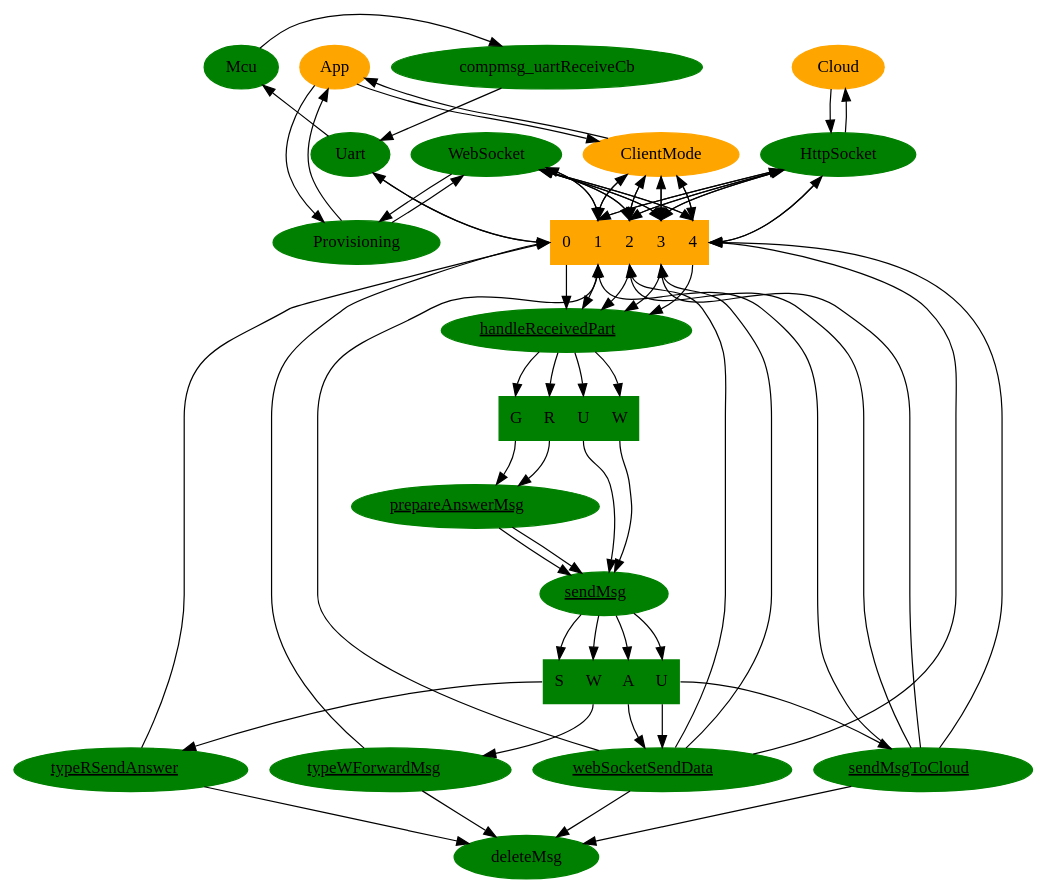
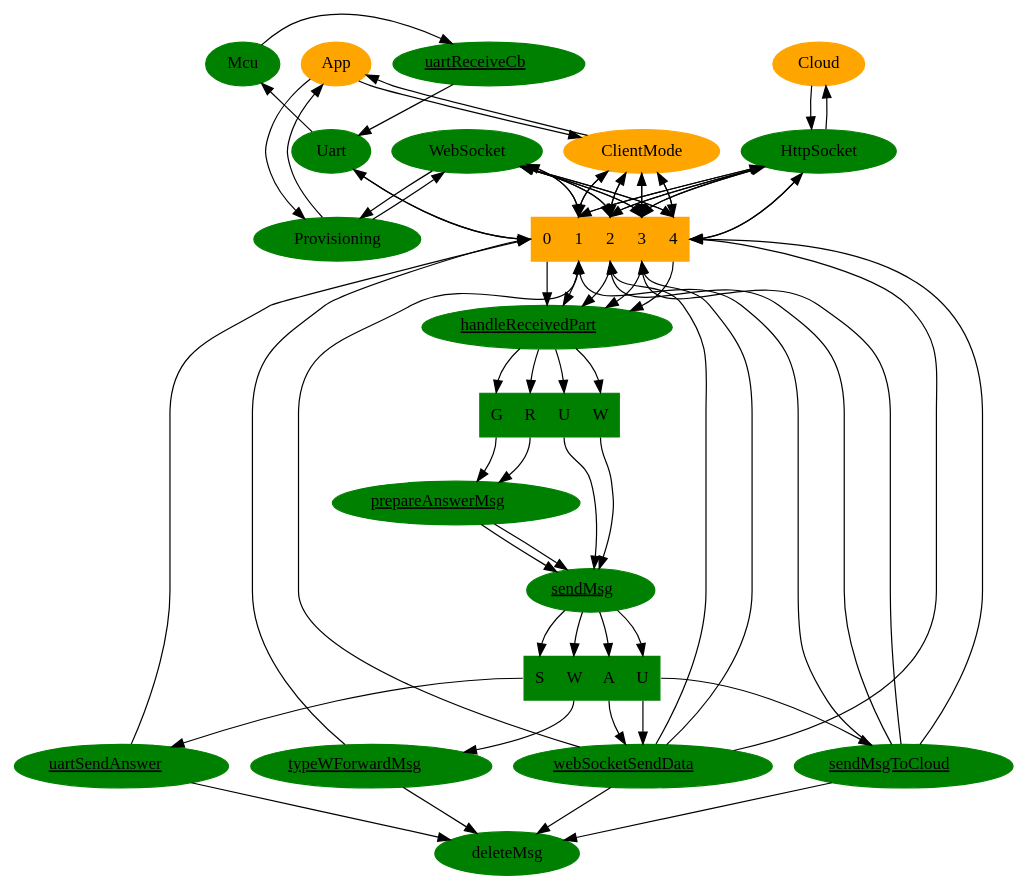
Before and after one commit to apwiede/nodemcu: the diagram in dot_files/handleMsg.dot, drawn with Graphviz. The commit also changed 3 other files, not shown here.

```diff
--- a/dot_files/handleMsg.dot
+++ b/dot_files/handleMsg.dot
@@ -1,100 +1,100 @@
 digraph G1 {
-  compmsg_uartReceiveCb[style="filled", color="green"];
+  compmsg_uartReceiveCb[style="filled", color="green", label=<<u>uartReceiveCb</u>> URL="\ref grp_uartReceiveCb"];
   compmsg_uartReceiveCb -> Uart;
   Mcu[style="filled", color="green"];
   Mcu -> compmsg_uartReceiveCb;
   Queue [style="filled", color="orange", shape=record, label="<f0> 0|<f1> 1|<f2> 2|<f3> 3|<f4> 4"];
   Uart -> Queue:f0;
   Queue:f0 -> Uart;
   Uart -> Mcu;
   Uart[style="filled", color="green"];
   WebSocket[style="filled", color="green"];
   ClientMode[style="filled", color="orange"];
   App[style="filled", color="orange"];
   Provisioning[style="filled", color="green"];
   App -> Provisioning;
   Provisioning -> WebSocket;
   App -> ClientMode;
   ClientMode -> App;
   Provisioning -> App;
   WebSocket -> Provisioning;
   WebSocket -> Queue:f1;
   WebSocket -> Queue:f2;
   WebSocket -> Queue:f3;
   WebSocket -> Queue:f4;
   ClientMode -> Queue:f1;
   ClientMode -> Queue:f2;
   ClientMode -> Queue:f3;
   ClientMode -> Queue:f4;
   Queue:f1 -> WebSocket;
   Queue:f2 -> WebSocket;
   Queue:f3 -> WebSocket;
   Queue:f4 -> WebSocket;
   Queue:f1 -> ClientMode;
   Queue:f2 -> ClientMode;
   Queue:f3 -> ClientMode;
   Queue:f4 -> ClientMode;
   Cloud[style="filled", color="orange"];
   Cloud -> HttpSocket;
   HttpSocket -> Cloud;
   HttpSocket[style="filled", color="green"];
   HttpSocket -> Queue:f1;
   HttpSocket -> Queue:f2;
   HttpSocket -> Queue:f3;
   HttpSocket -> Queue:f4;
   {rank=same; "compmsg_uartReceiveCb"; "Mcu"; "App"; "Cloud";}
   {rank=same; "Uart"; "WebSocket"; "HttpSocket"; "ClientMode";}
   Queue:f1 -> HttpSocket;
   Queue:f2 -> HttpSocket;
   Queue:f3 -> HttpSocket;
   Queue:f4 -> HttpSocket;
   Queue:f0 -> handleReceivedPart;
   Queue:f1 -> handleReceivedPart;
   Queue:f2 -> handleReceivedPart;
   Queue:f3 -> handleReceivedPart;
   Queue:f4 -> handleReceivedPart;
   handleReceivedPart[style="filled", color="green", label=<<u>handleReceivedPart</u>> URL="\ref grp_handleReceivedPart"];
   prepareAnswerMsg[style="filled", color="green", label=<<u>prepareAnswerMsg</u>> URL="\ref grp_prepareAnswerMsg"];
   receiveMsgSwitch [style="filled", color="green", shape=record, label="<f0> G|<f1> R|<f2> U|<f3> W"];
   handleReceivedPart -> receiveMsgSwitch:f0;
   handleReceivedPart -> receiveMsgSwitch:f1;
   handleReceivedPart -> receiveMsgSwitch:f2;
   handleReceivedPart -> receiveMsgSwitch:f3;
   receiveMsgSwitch:f0 -> prepareAnswerMsg;
   receiveMsgSwitch:f1 -> prepareAnswerMsg;
   prepareAnswerMsg -> sendMsg;
   prepareAnswerMsg -> sendMsg;
   receiveMsgSwitch:f2 -> sendMsg
   receiveMsgSwitch:f3 -> sendMsg
   sendMsg[style="filled", color="green", label=<<u>sendMsg</u>> URL="\ref sendMsg"];
   sendMsg -> sendMsgSwitch:f0;
   sendMsg -> sendMsgSwitch:f1;
   sendMsg -> sendMsgSwitch:f2
   sendMsg -> sendMsgSwitch:f3
   sendMsgSwitch [style="filled", color="green",shape=record, label="<f0> S|<f1> W|<f2> A|<f3> U"];
   sendMsgSwitch:f2 -> webSocketSendData;
-  sendMsgSwitch:f0 -> typeRSendAnswer;
+  sendMsgSwitch:f0 -> uartSendAnswer;
   sendMsgSwitch:f3 -> webSocketSendData;
   sendMsgSwitch:f3 -> sendCloudMsg;
   sendMsgSwitch:f1 -> typeWForwardMsg;
-  typeRSendAnswer[style="filled", color="green", label=<<u>typeRSendAnswer</u>> URL="\ref typeRSendAnswer"];
+  uartSendAnswer[style="filled", color="green", label=<<u>uartSendAnswer</u>> URL="\ref uartSendAnswer"];
   sendCloudMsg[style="filled", color="green", label=<<u>sendMsgToCloud</u>> URL="\ref grp_sendCloudMsg"];
   webSocketSendData[style="filled", color="green", label=<<u>webSocketSendData</u>> URL="\ref webSocketSendData"];
   webSocketSendData -> Queue:f1;
   webSocketSendData -> Queue:f2;
   webSocketSendData -> Queue:f3;
   webSocketSendData -> Queue:f4;
   sendCloudMsg -> Queue:f1;
   sendCloudMsg -> Queue:f2;
   sendCloudMsg -> Queue:f3;
   sendCloudMsg -> Queue:f4;
-  {rank=same; "typeRSendAnswer"; "typeWForwardMsg"; "webSocketSendData"; "sendCloudMsg";}
+  {rank=same; "uartSendAnswer"; "typeWForwardMsg"; "webSocketSendData"; "sendCloudMsg";}
   typeWForwardMsg[style="filled", color="green", label=<<u>typeWForwardMsg</u>> URL="\ref forwardMsg"];
-  typeRSendAnswer -> Queue:f0;
+  uartSendAnswer -> Queue:f0;
   typeWForwardMsg -> Queue:f0;
-  typeRSendAnswer -> deleteMsg;
+  uartSendAnswer -> deleteMsg;
   typeWForwardMsg -> deleteMsg;
   deleteMsg[style="filled", color="green"];
   sendCloudMsg -> deleteMsg;
   webSocketSendData -> deleteMsg;
 }
```
